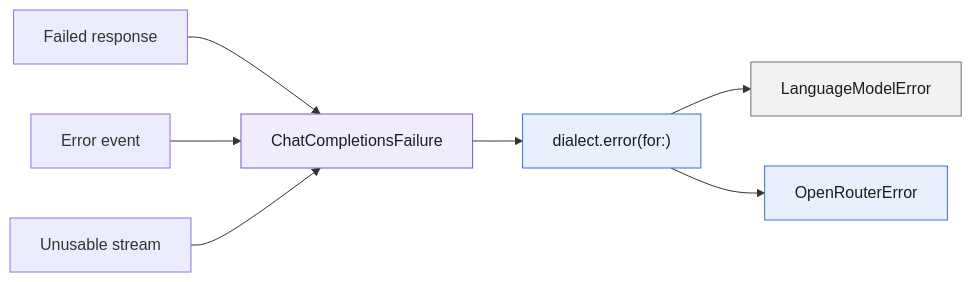
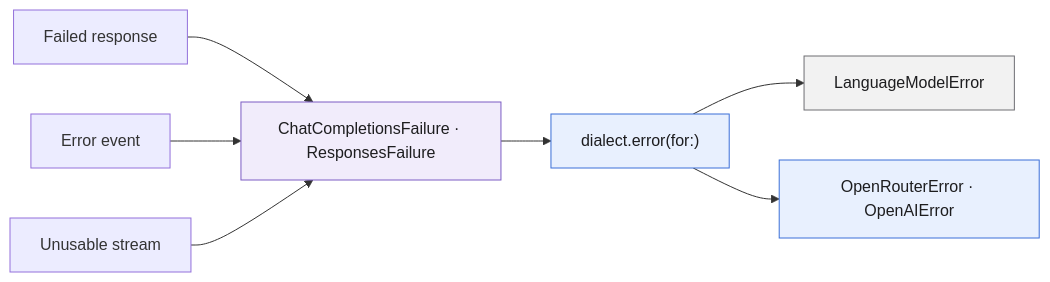
Before and after one commit to dioKaratzas/swift-language-models: the fourth of 6 diagrams in ARCHITECTURE.md, drawn with Mermaid. The commit also changed other lines of this file and 154 other files, not shown here.

````diff
--- a/ARCHITECTURE.md
+++ b/ARCHITECTURE.md
@@ -112,13 +167,13 @@
 ```mermaid
 flowchart LR
     rejected["Failed response"] --> failure
     event["Error event"] --> failure
     problem["Unusable stream"] --> failure
-    failure["ChatCompletionsFailure"]:::package --> hook["dialect.error(for:)"]:::provider
+    failure["ChatCompletionsFailure · ResponsesFailure"]:::package --> hook["dialect.error(for:)"]:::provider
     hook --> foundation["LanguageModelError"]:::apple
-    hook --> own["OpenRouterError"]:::provider
+    hook --> own["OpenRouterError · OpenAIError"]:::provider
 
     classDef package fill:#f1ecfb,stroke:#7c5cc4,color:#1d1d1f
     classDef provider fill:#e8f0fe,stroke:#3b6fd8,color:#1d1d1f
     classDef apple fill:#f2f2f2,stroke:#6e6e73,color:#1d1d1f
 ```
````
